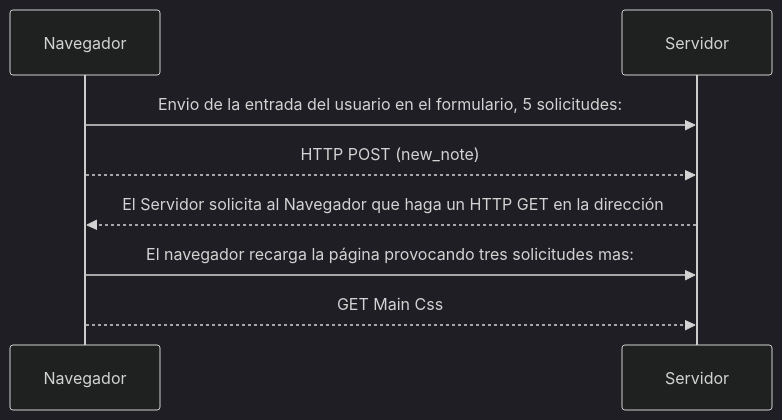
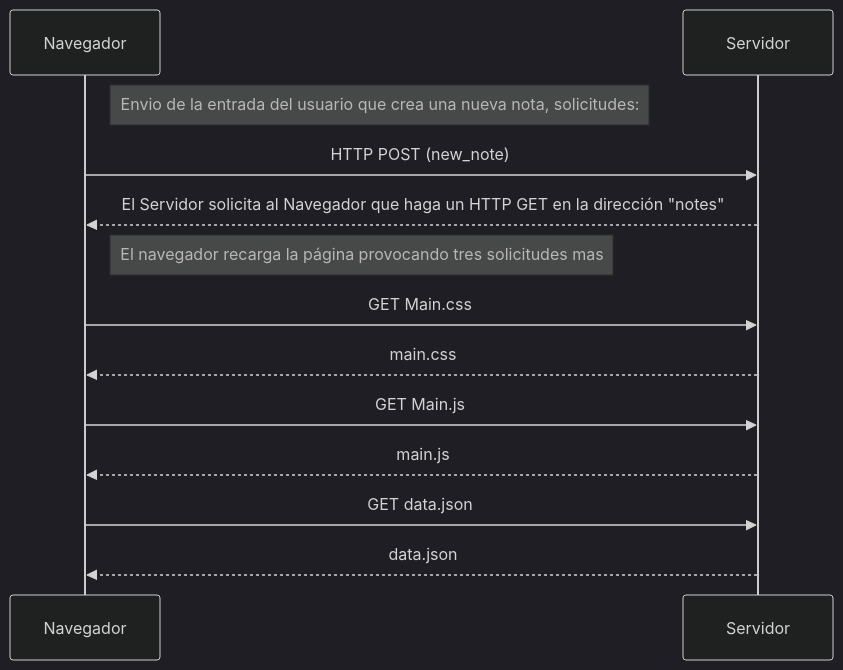
One commit to estebanrcr/FullStackOpen changed the diagram in Part-0/0.4-Diagrama-de-nota.markdown. Above: the diagram before and after it, drawn with Mermaid (dark theme).

````diff
--- a/Part-0/0.4-Diagrama-de-nota.markdown
+++ b/Part-0/0.4-Diagrama-de-nota.markdown
@@ -1,13 +1,18 @@
 ```mermaid
 sequenceDiagram
 Participant Navegador
 Participant Servidor
 
-Navegador->>Servidor: Envio de la entrada del usuario en el formulario, 5 solicitudes:
-Navegador-->>Servidor: HTTP POST (new_note)
-Servidor -->> Navegador: El Servidor solicita al Navegador que haga un HTTP GET en la dirección
+Note right of Navegador: Envio de la entrada del usuario que crea una nueva nota, solicitudes:
+Navegador->>Servidor: HTTP POST (new_note)
+Servidor -->> Navegador: El Servidor solicita al Navegador que haga un HTTP GET en la dirección "notes"
+Note right of Navegador: El  navegador recarga la página provocando tres solicitudes mas
 
-Navegador ->>  Servidor: El navegador recarga la página provocando tres solicitudes mas:
-Navegador -->>  Servidor: GET Main Css
+Navegador ->>  Servidor: GET Main.css
+Servidor -->> Navegador: main.css
+Navegador ->>  Servidor: GET Main.js
+Servidor -->> Navegador: main.js
+Navegador ->>  Servidor: GET data.json
+Servidor -->> Navegador: data.json
 
 ```
````
